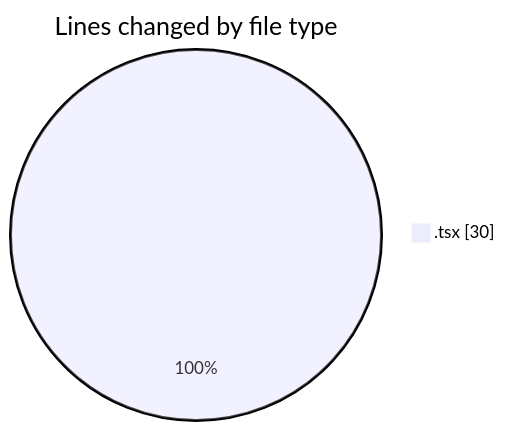
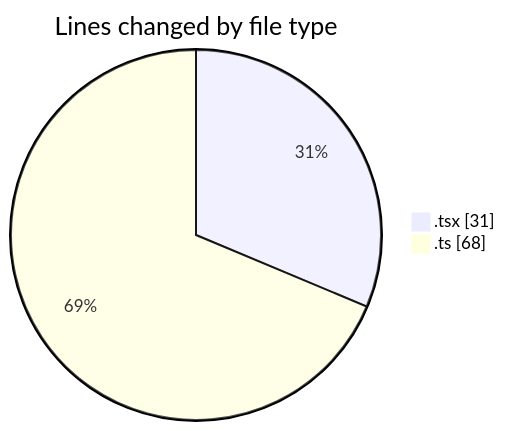
The first of 2 diagrams in 2025-03-17/audiobooks-web/README.md (robertbonfada/code-tracking), drawn with Mermaid before and after one commit. The commit also changed other lines of this file and 1 other file, not shown here.

````diff
--- a/2025-03-17/audiobooks-web/README.md
+++ b/2025-03-17/audiobooks-web/README.md
@@ -20,5 +21,6 @@
 ```mermaid
 pie showData
 title Lines changed by file type
-".tsx" : 30
+".tsx" : 31
+".ts" : 68
 ```
````
